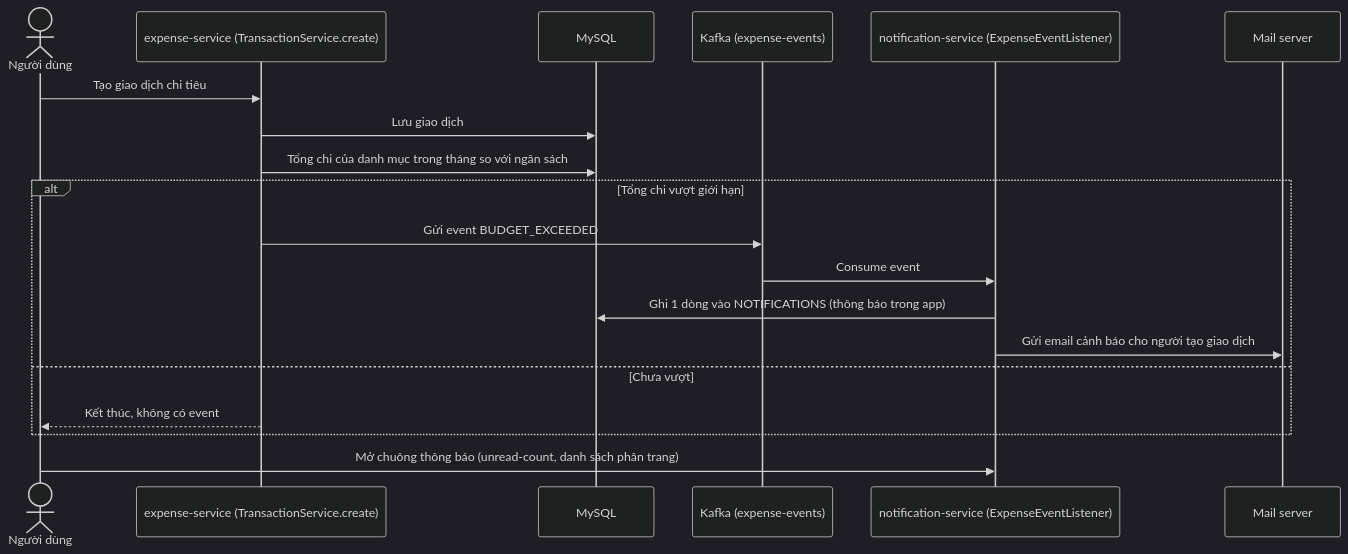
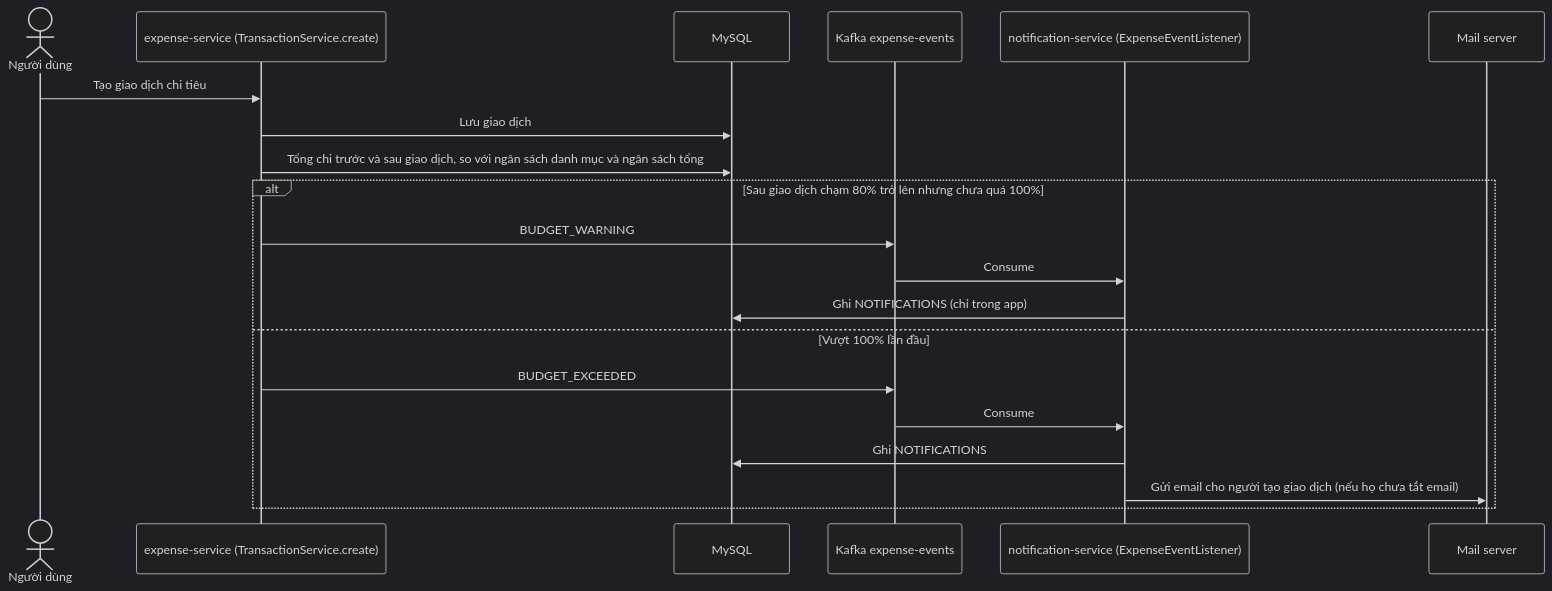
One commit to boyquynhluu/family-expense-manager changed the seventh of 33 diagrams in README.md. Above: the diagram before and after it, drawn with Mermaid (dark theme). The commit also changed other lines of this file and 1 other file, not shown here.

````diff
--- a/README.md
+++ b/README.md
@@ -376,22 +333,23 @@
 ```mermaid
 sequenceDiagram
     actor U as Người dùng
     participant EX as expense-service (TransactionService.create)
     participant DB as MySQL
-    participant KF as Kafka (expense-events)
+    participant KF as Kafka expense-events
     participant NO as notification-service (ExpenseEventListener)
     participant SMTP as Mail server
 
     U->>EX: Tạo giao dịch chi tiêu
     EX->>DB: Lưu giao dịch
-    EX->>DB: Tổng chi của danh mục trong tháng so với ngân sách
-    alt Tổng chi vượt giới hạn
-        EX->>KF: Gửi event BUDGET_EXCEEDED
-        KF->>NO: Consume event
-        NO->>DB: Ghi 1 dòng vào NOTIFICATIONS (thông báo trong app)
-        NO->>SMTP: Gửi email cảnh báo cho người tạo giao dịch
-    else Chưa vượt
-        EX-->>U: Kết thúc, không có event
+    EX->>DB: Tổng chi trước và sau giao dịch, so với ngân sách danh mục và ngân sách tổng
+    alt Sau giao dịch chạm 80% trở lên nhưng chưa quá 100%
+        EX->>KF: BUDGET_WARNING
+        KF->>NO: Consume
+        NO->>DB: Ghi NOTIFICATIONS (chỉ trong app)
+    else Vượt 100% lần đầu
+        EX->>KF: BUDGET_EXCEEDED
+        KF->>NO: Consume
+        NO->>DB: Ghi NOTIFICATIONS
+        NO->>SMTP: Gửi email cho người tạo giao dịch (nếu họ chưa tắt email)
     end
-    U->>NO: Mở chuông thông báo (unread-count, danh sách phân trang)
 ```
````
